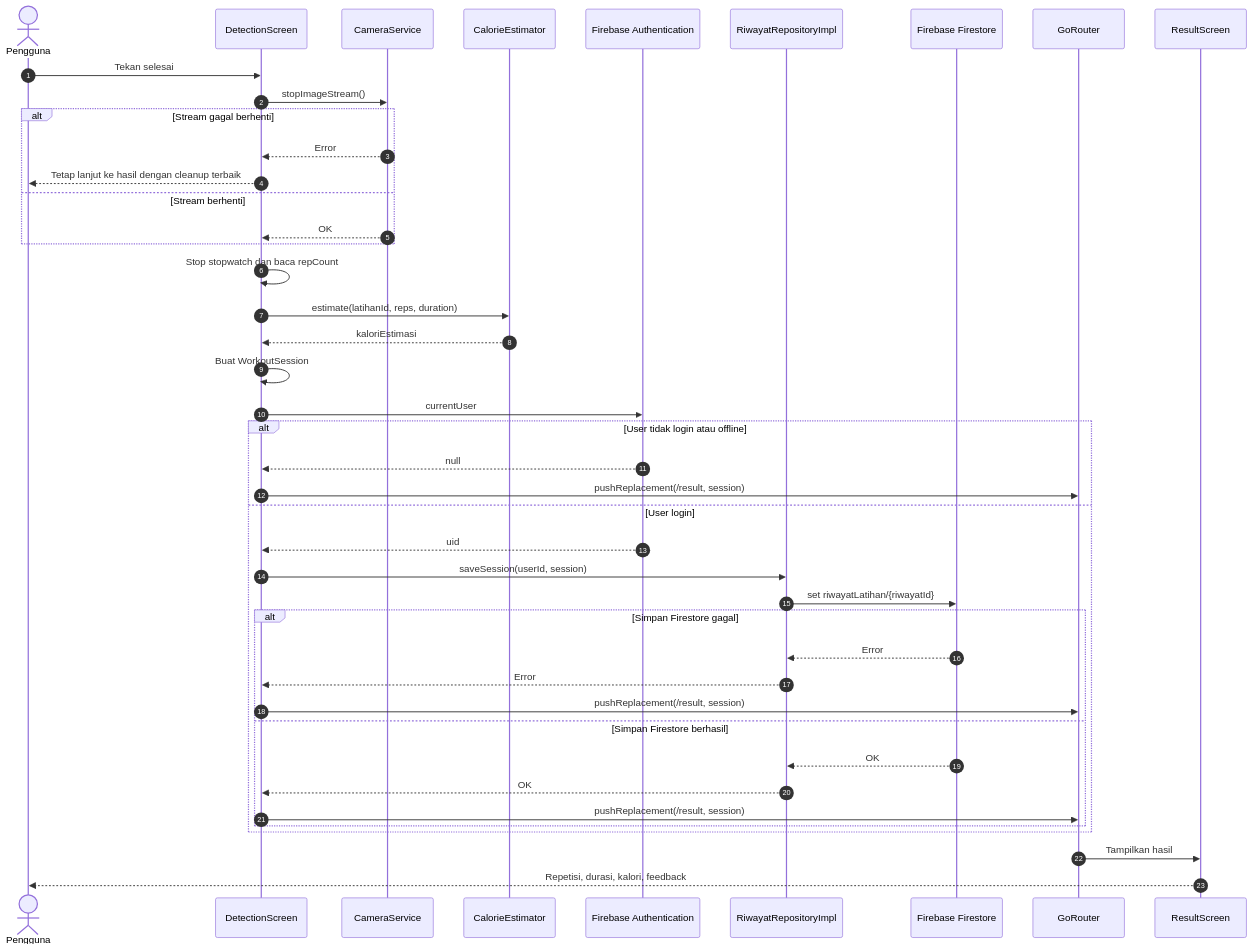
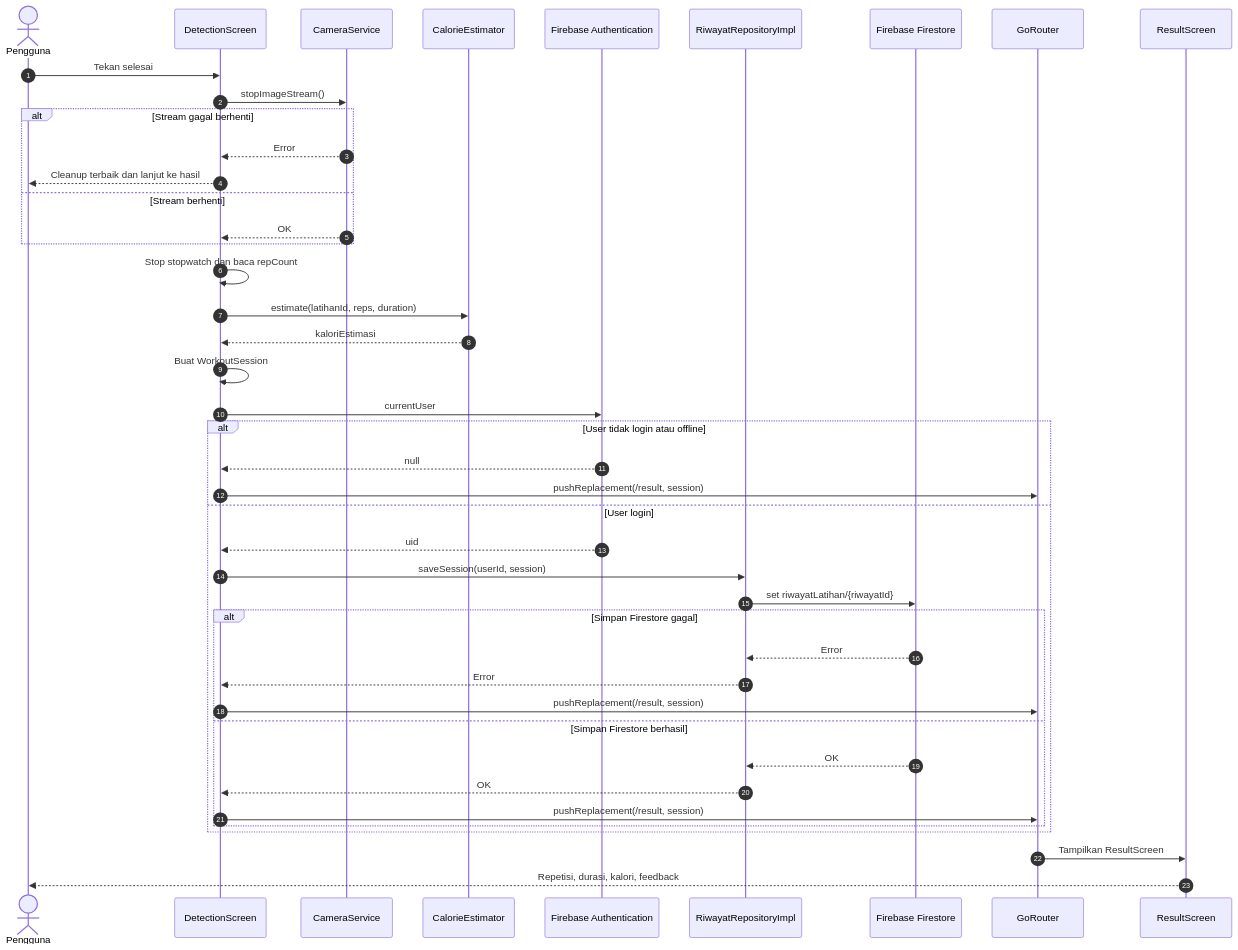
Diagram 23 of 24 in docs/uml.md (arifrachmatdx/Kinetra), drawn with Mermaid before and after one commit. The commit also changed other lines of this file and 1 other file, not shown here.

Commit message:
docs: align UML diagrams with requested use cases

````diff
--- a/docs/uml.md
+++ b/docs/uml.md
@@ -1192,46 +1191,46 @@
 ```mermaid
 sequenceDiagram
     autonumber
     actor User as Pengguna
     participant Detection as DetectionScreen
     participant Camera as CameraService
     participant Calories as CalorieEstimator
     participant Auth as Firebase Authentication
     participant RiwayatRepo as RiwayatRepositoryImpl
     participant Firestore as Firebase Firestore
     participant Router as GoRouter
     participant Result as ResultScreen
 
     User->>Detection: Tekan selesai
     Detection->>Camera: stopImageStream()
     alt Stream gagal berhenti
         Camera-->>Detection: Error
-        Detection-->>User: Tetap lanjut ke hasil dengan cleanup terbaik
+        Detection-->>User: Cleanup terbaik dan lanjut ke hasil
     else Stream berhenti
         Camera-->>Detection: OK
     end
     Detection->>Detection: Stop stopwatch dan baca repCount
     Detection->>Calories: estimate(latihanId, reps, duration)
     Calories-->>Detection: kaloriEstimasi
     Detection->>Detection: Buat WorkoutSession
     Detection->>Auth: currentUser
     alt User tidak login atau offline
         Auth-->>Detection: null
         Detection->>Router: pushReplacement(/result, session)
     else User login
         Auth-->>Detection: uid
         Detection->>RiwayatRepo: saveSession(userId, session)
         RiwayatRepo->>Firestore: set riwayatLatihan/{riwayatId}
         alt Simpan Firestore gagal
             Firestore-->>RiwayatRepo: Error
             RiwayatRepo-->>Detection: Error
             Detection->>Router: pushReplacement(/result, session)
         else Simpan Firestore berhasil
             Firestore-->>RiwayatRepo: OK
             RiwayatRepo-->>Detection: OK
             Detection->>Router: pushReplacement(/result, session)
         end
     end
-    Router->>Result: Tampilkan hasil
+    Router->>Result: Tampilkan ResultScreen
     Result-->>User: Repetisi, durasi, kalori, feedback
 ```
````
